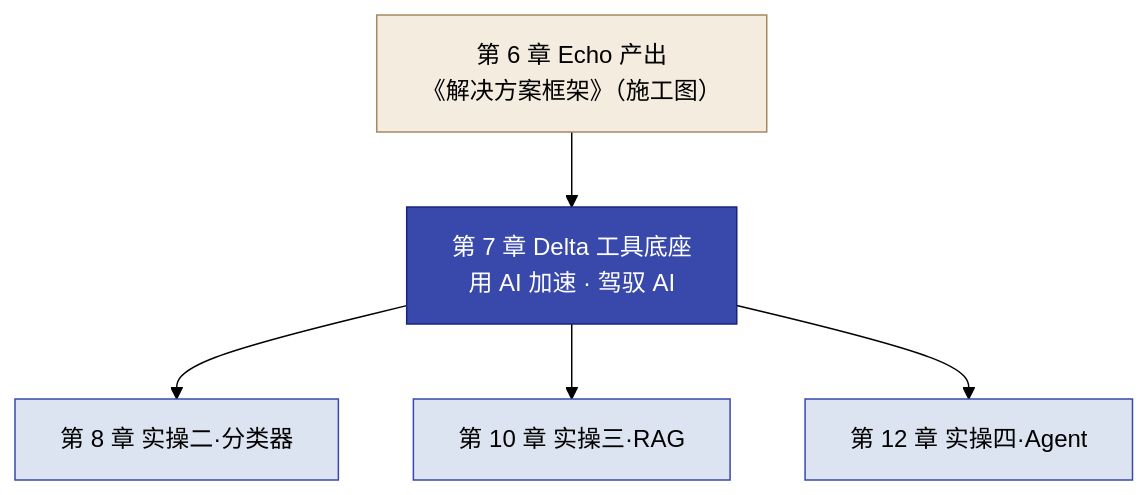
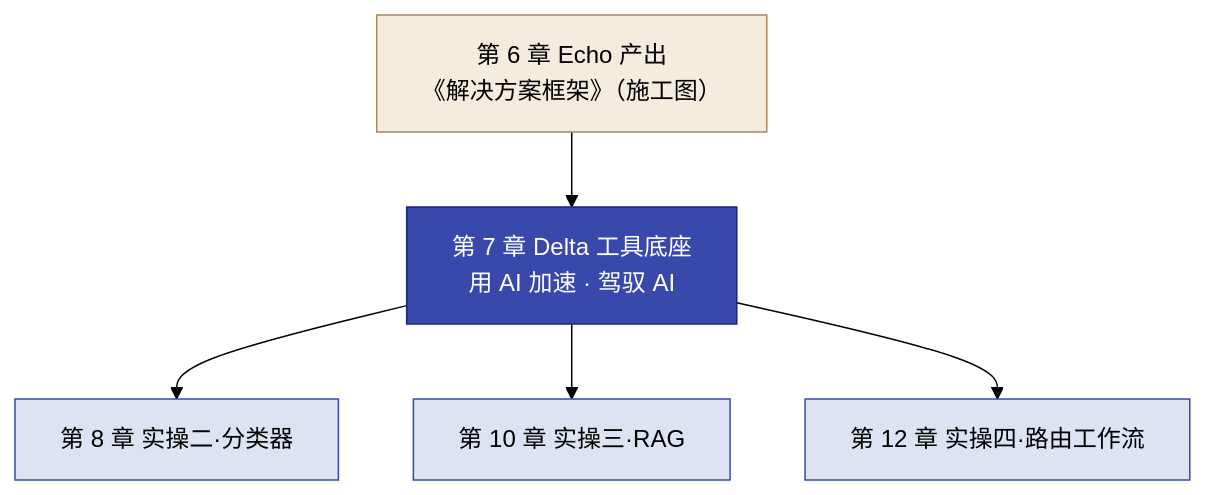
One commit to cloudzun/fde-102 changed the first of 2 diagrams in textbook/第07章_Delta工作法_VibeCoding与工程纪律.md. Above: the diagram before and after it, drawn with Mermaid (forest theme). The commit also changed 3 other files, not shown here.

Commit message:
第12章更名'工单智能分级路由工作流'（标题/文件名/定位/学习目标/验收口径/启动提示词/章末桥接实操四B），第11章新增11.3.7从Routing Workflow到受控Agentic Loop对照表+图11-1节点+interrupt归属修正（12章固定转人工、真中断恢复在实操四B），第7章图7-1节点同步，修订记录登记

````diff
--- a/textbook/第07章_Delta工作法_VibeCoding与工程纪律.md
+++ b/textbook/第07章_Delta工作法_VibeCoding与工程纪律.md
@@ -23,17 +23,17 @@
 ```mermaid
 flowchart TB
     echo["第 6 章 Echo 产出<br/>《解决方案框架》（施工图）"]
     ch7["第 7 章 Delta 工具底座<br/>用 AI 加速 · 驾驭 AI"]
     op2["第 8 章 实操二·分类器"]
     op3["第 10 章 实操三·RAG"]
-    op4["第 12 章 实操四·Agent"]
+    op4["第 12 章 实操四·路由工作流"]
     echo --> ch7
     ch7 --> op2
     ch7 --> op3
     ch7 --> op4
     style echo fill:#f5ece0,stroke:#a8895f
     style ch7 fill:#3949ab,color:#fff,stroke:#1a237e
     style op2 fill:#dbe4f0,stroke:#3949ab
     style op3 fill:#dbe4f0,stroke:#3949ab
     style op4 fill:#dbe4f0,stroke:#3949ab
 ```
````
